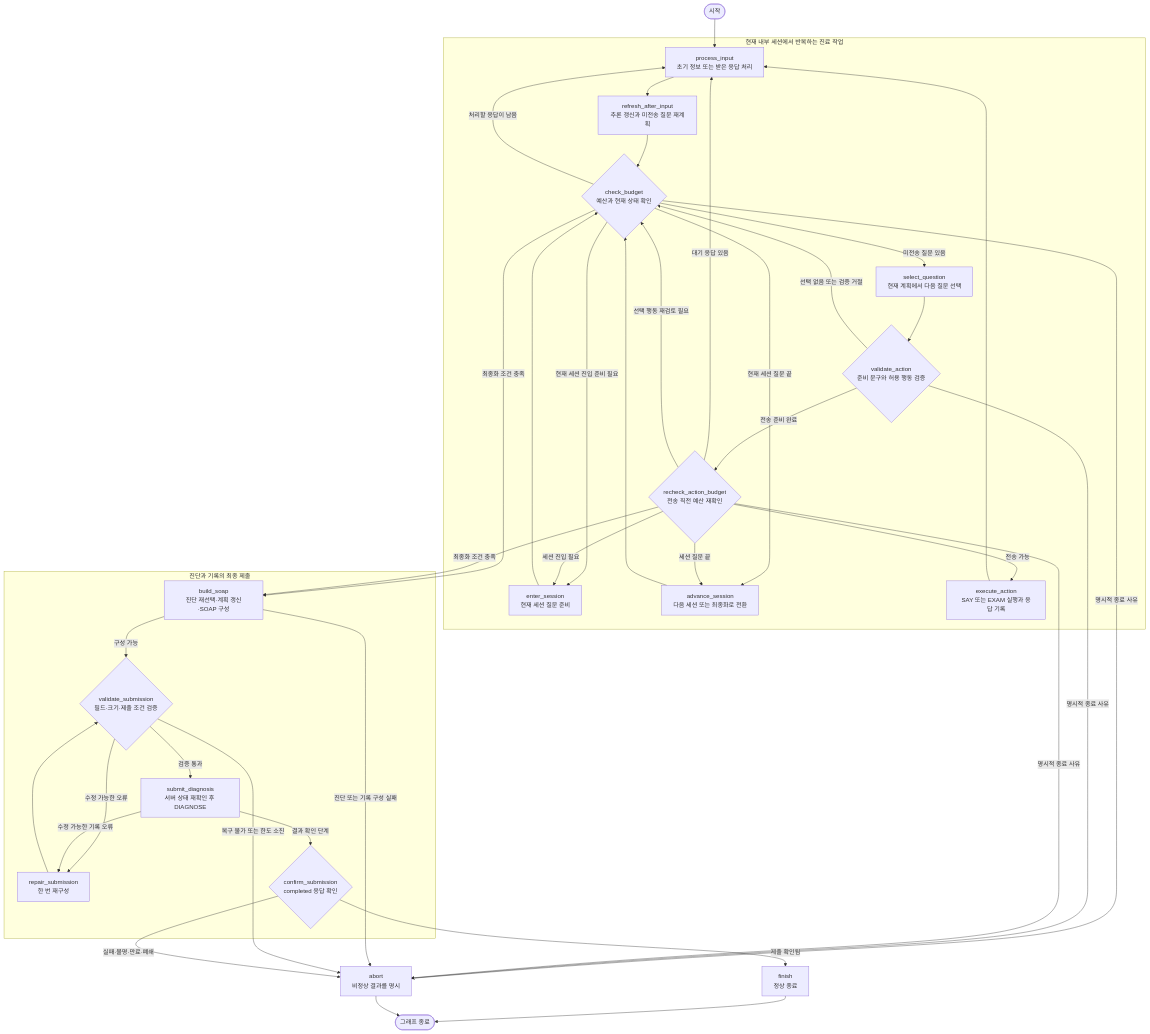
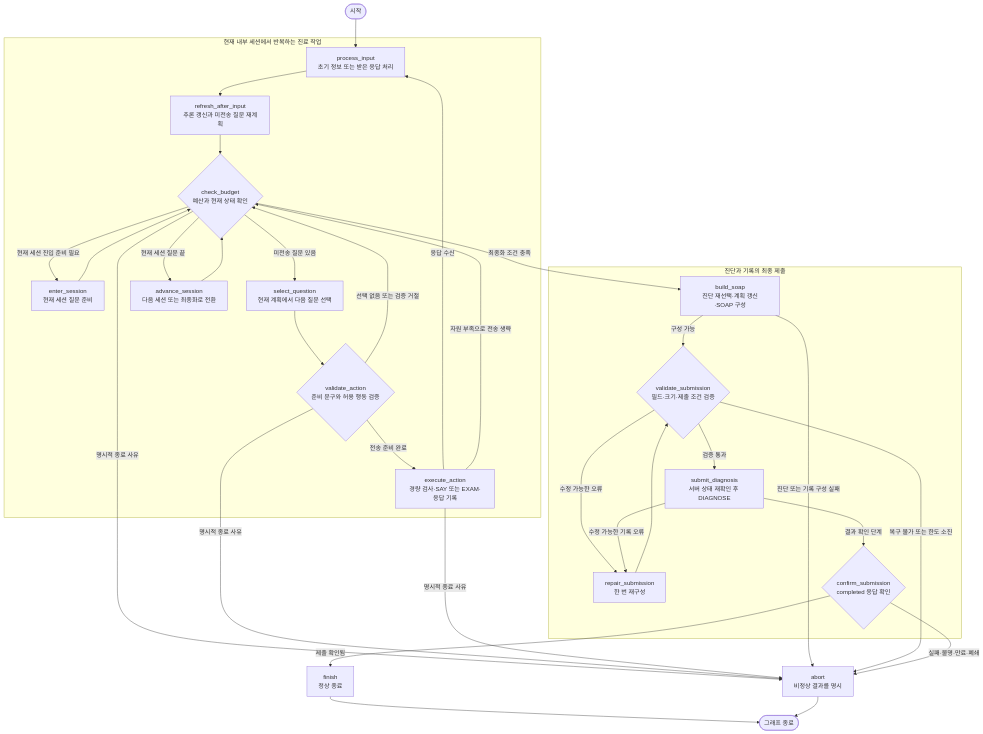
Before and after one commit to devRestain/Ontoward: the first of 12 diagrams in submission/README.md, drawn with Mermaid. The commit also changed other lines of this file and 21 other files, not shown here.

Commit message:
Bound session interviews and simplify synchronous budget handling

````diff
--- a/submission/README.md
+++ b/submission/README.md
@@ -57,42 +57,36 @@
 ```mermaid
 flowchart TD
     START([시작]) --> process_input["process_input<br/>초기 정보 또는 받은 응답 처리"]
     subgraph Loop["현재 내부 세션에서 반복하는 진료 작업"]
         process_input --> refresh_after_input["refresh_after_input<br/>추론 갱신과 미전송 질문 재계획"]
         refresh_after_input --> check_budget{"check_budget<br/>예산과 현재 상태 확인"}
-        check_budget -->|처리할 응답이 남음| process_input
         check_budget -->|현재 세션 진입 준비 필요| enter_session["enter_session<br/>현재 세션 질문 준비"]
         enter_session --> check_budget
         check_budget -->|미전송 질문 있음| select_question["select_question<br/>현재 계획에서 다음 질문 선택"]
         check_budget -->|현재 세션 질문 끝| advance_session["advance_session<br/>다음 세션 또는 최종화로 전환"]
         advance_session --> check_budget
         select_question --> validate_action{"validate_action<br/>준비 문구와 허용 행동 검증"}
         validate_action -->|선택 없음 또는 검증 거절| check_budget
-        validate_action -->|전송 준비 완료| recheck_action_budget{"recheck_action_budget<br/>전송 직전 예산 재확인"}
-        recheck_action_budget -->|대기 응답 있음| process_input
-        recheck_action_budget -->|세션 진입 필요| enter_session
-        recheck_action_budget -->|세션 질문 끝| advance_session
-        recheck_action_budget -->|선택 행동 재검토 필요| check_budget
-        recheck_action_budget -->|전송 가능| execute_action["execute_action<br/>SAY 또는 EXAM 실행과 응답 기록"]
-        execute_action --> process_input
+        validate_action -->|전송 준비 완료| execute_action["execute_action<br/>경량 검사·SAY 또는 EXAM·응답 기록"]
+        execute_action -->|응답 수신| process_input
+        execute_action -->|자원 부족으로 전송 생략| check_budget
     end
     check_budget -->|최종화 조건 충족| build_soap
-    recheck_action_budget -->|최종화 조건 충족| build_soap
     subgraph Submission["진단과 기록의 최종 제출"]
         build_soap["build_soap<br/>진단 재선택·계획 갱신·SOAP 구성"] -->|구성 가능| validate_submission{"validate_submission<br/>필드·크기·제출 조건 검증"}
         validate_submission -->|수정 가능한 오류| repair_submission["repair_submission<br/>한 번 재구성"]
         repair_submission --> validate_submission
         validate_submission -->|검증 통과| submit_diagnosis["submit_diagnosis<br/>서버 상태 재확인 후 DIAGNOSE"]
         submit_diagnosis -->|수정 가능한 기록 오류| repair_submission
         submit_diagnosis -->|결과 확인 단계| confirm_submission{"confirm_submission<br/>completed 응답 확인"}
     end
     check_budget -->|명시적 종료 사유| abort
     validate_action -->|명시적 종료 사유| abort
-    recheck_action_budget -->|명시적 종료 사유| abort
+    execute_action -->|명시적 종료 사유| abort
     build_soap -->|진단 또는 기록 구성 실패| abort
     validate_submission -->|복구 불가 또는 한도 소진| abort
     confirm_submission -->|제출 확인됨| finish["finish<br/>정상 종료"]
     confirm_submission -->|실패·불명·만료·폐쇄| abort["abort<br/>비정상 결과를 명시"]
     finish --> END([그래프 종료])
     abort --> END
 ```
````
